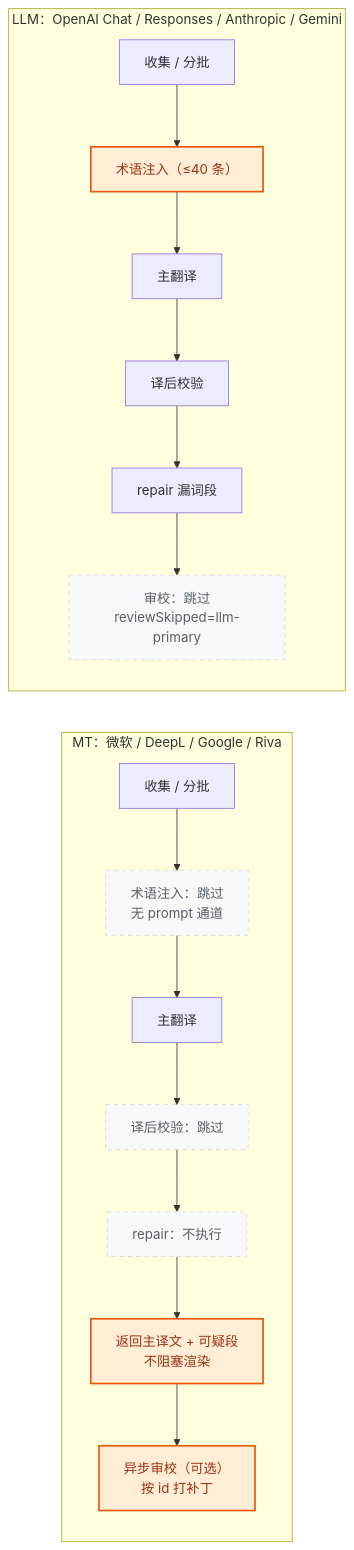
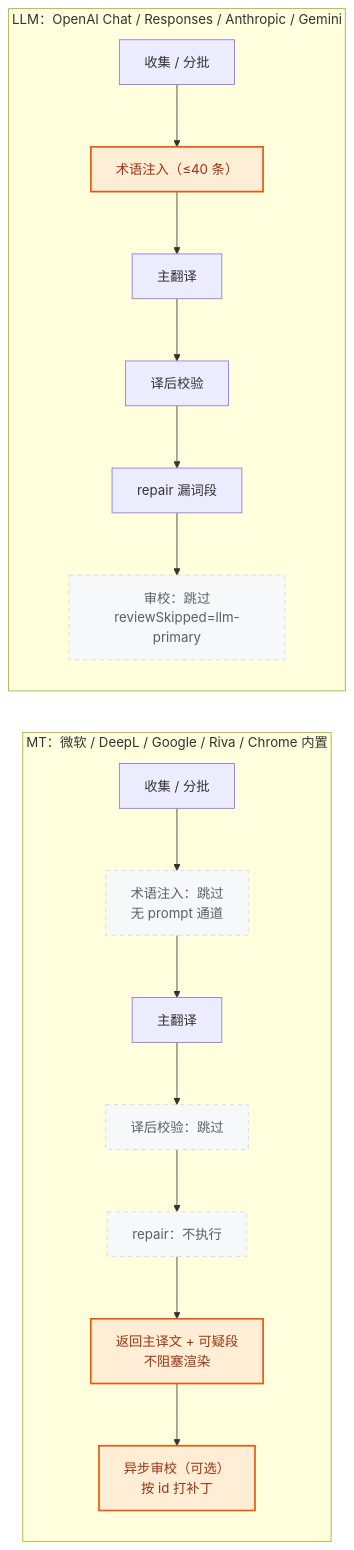
One commit to sogeisetsu/sopen-translate changed the first of 2 diagrams in README.md. Above: the diagram before and after it, drawn with Mermaid. The commit also changed other lines of this file and 15 other files, not shown here.

````diff
--- a/README.md
+++ b/README.md
@@ -132,26 +142,26 @@
 ```mermaid
 flowchart LR
-  subgraph MT["MT：微软 / DeepL / Google / Riva"]
+  subgraph MT["MT：微软 / DeepL / Google / Riva / Chrome 内置"]
     direction TB
     mt1["收集 / 分批"] --> mt2["术语注入：跳过<br/>无 prompt 通道"]
     mt2 --> mt3["主翻译"]
     mt3 --> mt4["译后校验：跳过"]
     mt4 --> mt5["repair：不执行"]
     mt5 --> mt6["返回主译文 + 可疑段<br/>不阻塞渲染"]
     mt6 --> mt7["异步审校（可选）<br/>按 id 打补丁"]
   end
 
   subgraph LLM["LLM：OpenAI Chat / Responses / Anthropic / Gemini"]
     direction TB
     llm1["收集 / 分批"] --> llm2["术语注入（≤40 条）"]
     llm2 --> llm3["主翻译"]
     llm3 --> llm4["译后校验"]
     llm4 --> llm5["repair 漏词段"]
     llm5 --> llm6["审校：跳过<br/>reviewSkipped=llm-primary"]
   end
 
   classDef hot fill:#ffedd5,stroke:#ea580c,stroke-width:2px,color:#9a3412
   classDef skip fill:#f6f8fa,stroke:#d0d7de,stroke-dasharray:5 5,color:#57606a
   class llm2,mt6,mt7 hot
   class mt2,mt4,mt5,llm6 skip
 ```
````
